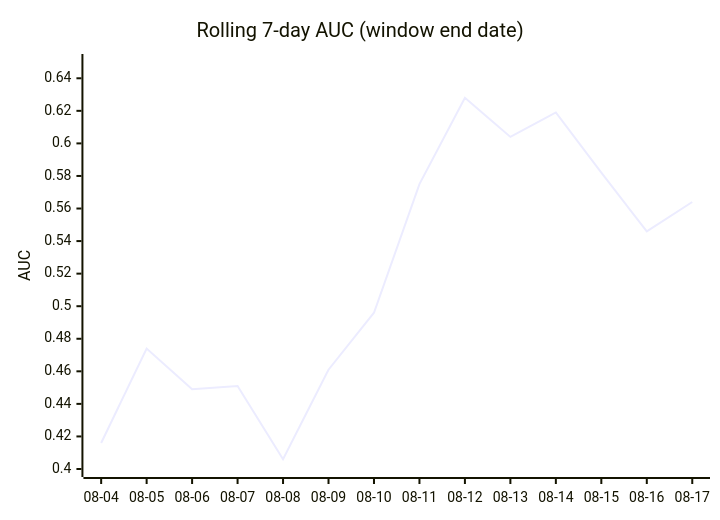
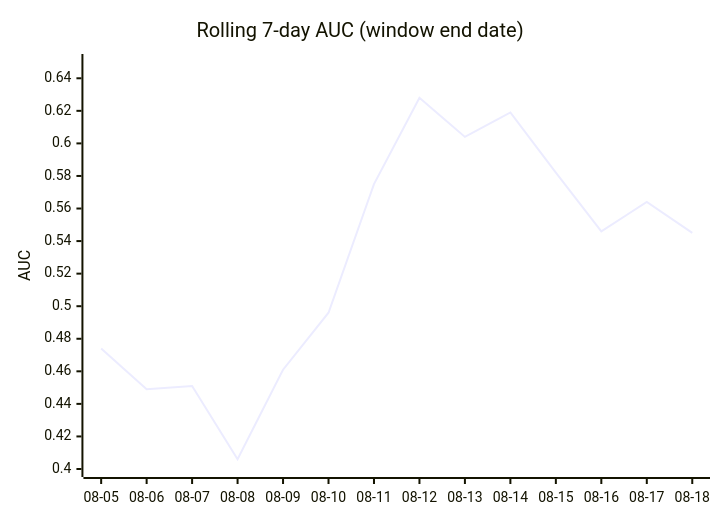
One commit to dpk1212/nhl-savant changed the third of 4 diagrams in DAILY_AGSU_REPORT.md. Above: the diagram before and after it, drawn with Mermaid. The commit also changed other lines of this file, not shown here.

````diff
--- a/DAILY_AGSU_REPORT.md
+++ b/DAILY_AGSU_REPORT.md
@@ -806,7 +809,7 @@
 ```mermaid
 xychart-beta
     title "Rolling 7-day AUC (window end date)"
-    x-axis ["08-04", "08-05", "08-06", "08-07", "08-08", "08-09", "08-10", "08-11", "08-12", "08-13", "08-14", "08-15", "08-16", "08-17"]
+    x-axis ["08-05", "08-06", "08-07", "08-08", "08-09", "08-10", "08-11", "08-12", "08-13", "08-14", "08-15", "08-16", "08-17", "08-18"]
     y-axis "AUC" 0.4 --> 0.65
-    line [0.416, 0.474, 0.449, 0.451, 0.406, 0.461, 0.496, 0.575, 0.628, 0.604, 0.619, 0.582, 0.546, 0.564]
+    line [0.474, 0.449, 0.451, 0.406, 0.461, 0.496, 0.575, 0.628, 0.604, 0.619, 0.582, 0.546, 0.564, 0.545]
 ```
````
